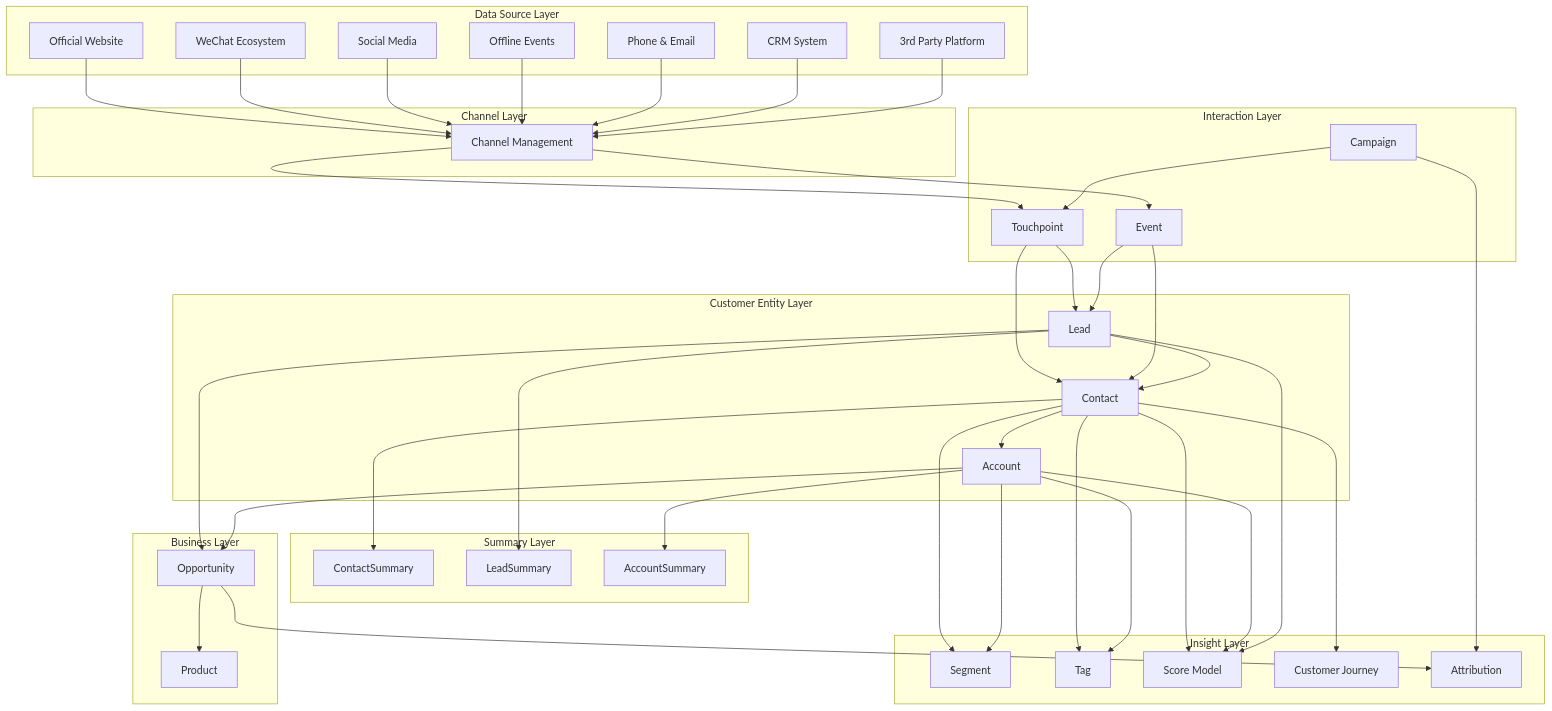
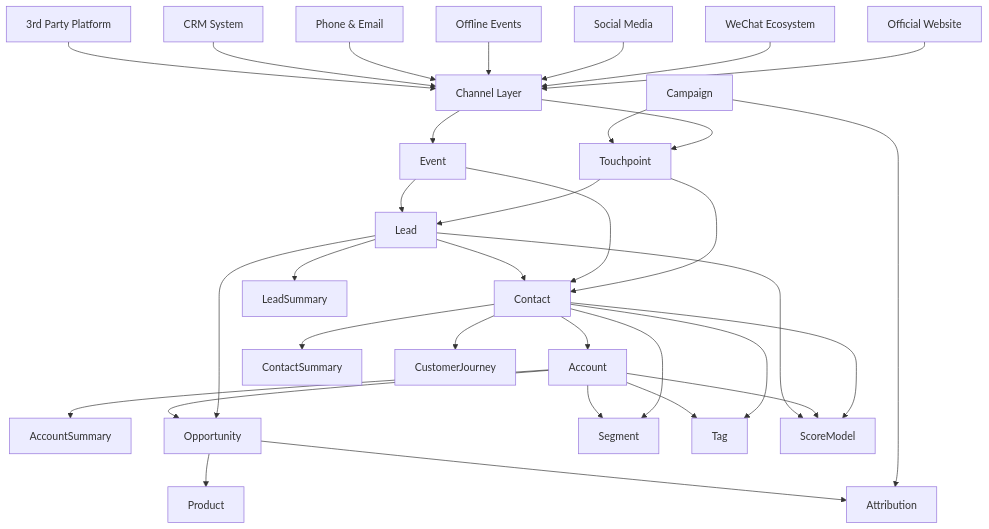
The first of 25 diagrams in docs/b2b-cdp-entity-design.md (312268112/advanced-java), drawn with Mermaid before and after one commit. The commit also changed other lines of this file, not shown here.

Commit message:
Refactor: Improve B2B CDP entity design documentation

````diff
--- a/docs/b2b-cdp-entity-design.md
+++ b/docs/b2b-cdp-entity-design.md
@@ -16,86 +16,41 @@
 ```mermaid
 graph TB
-    subgraph Layer1[Data Source Layer]
-        DS1[Official Website]
-        DS2[WeChat Ecosystem]
-        DS3[Social Media]
-        DS4[Offline Events]
-        DS5[Phone & Email]
-        DS6[CRM System]
-        DS7[3rd Party Platform]
-    end
+    DS1[Official Website] --> CH[Channel Layer]
+    DS2[WeChat Ecosystem] --> CH
+    DS3[Social Media] --> CH
+    DS4[Offline Events] --> CH
+    DS5[Phone & Email] --> CH
+    DS6[CRM System] --> CH
+    DS7[3rd Party Platform] --> CH
     
-    subgraph Layer2[Channel Layer]
-        Channel[Channel Management]
-    end
+    CH --> TP[Touchpoint]
+    CH --> EV[Event]
+    CM[Campaign] --> TP
     
-    subgraph Layer3[Interaction Layer]
-        Touchpoint[Touchpoint]
-        Event[Event]
-        Campaign[Campaign]
-    end
+    TP --> CT[Contact]
+    TP --> LD[Lead]
+    EV --> CT
+    EV --> LD
     
-    subgraph Layer4[Customer Entity Layer]
-        Contact[Contact]
-        Lead[Lead]
-        Account[Account]
-    end
+    CT --> AC[Account]
+    LD --> CT
     
-    subgraph Layer5[Summary Layer]
-        ContactSummary[ContactSummary]
-        LeadSummary[LeadSummary]
-        AccountSummary[AccountSummary]
-    end
+    CT --> CTS[ContactSummary]
+    LD --> LDS[LeadSummary]
+    AC --> ACS[AccountSummary]
     
-    subgraph Layer6[Business Layer]
-        Opportunity[Opportunity]
-        Product[Product]
-    end
+    LD --> OP[Opportunity]
+    AC --> OP
+    OP --> PR[Product]
     
-    subgraph Layer7[Insight Layer]
-        Segment[Segment]
-        Tag[Tag]
-        Score[Score Model]
-        Journey[Customer Journey]
-        Attribution[Attribution]
-    end
-    
-    DS1 --> Channel
-    DS2 --> Channel
-    DS3 --> Channel
-    DS4 --> Channel
-    DS5 --> Channel
-    DS6 --> Channel
-    DS7 --> Channel
-    
-    Channel --> Touchpoint
-    Channel --> Event
-    Campaign --> Touchpoint
-    
-    Touchpoint --> Contact
-    Touchpoint --> Lead
-    Event --> Contact
-    Event --> Lead
-    
-    Contact --> Account
-    Lead --> Contact
-    
-    Contact --> ContactSummary
-    Lead --> LeadSummary
-    Account --> AccountSummary
-    
-    Lead --> Opportunity
-    Account --> Opportunity
-    Opportunity --> Product
-    
-    Contact --> Segment
-    Account --> Segment
-    Contact --> Tag
-    Account --> Tag
-    Contact --> Score
-    Account --> Score
-    Lead --> Score
-    Contact --> Journey
-    Campaign --> Attribution
-    Opportunity --> Attribution
+    CT --> SG[Segment]
+    AC --> SG
+    CT --> TG[Tag]
+    AC --> TG
+    CT --> SC[ScoreModel]
+    AC --> SC
+    LD --> SC
+    CT --> JN[CustomerJourney]
+    CM --> AT[Attribution]
+    OP --> AT
 ```
````
